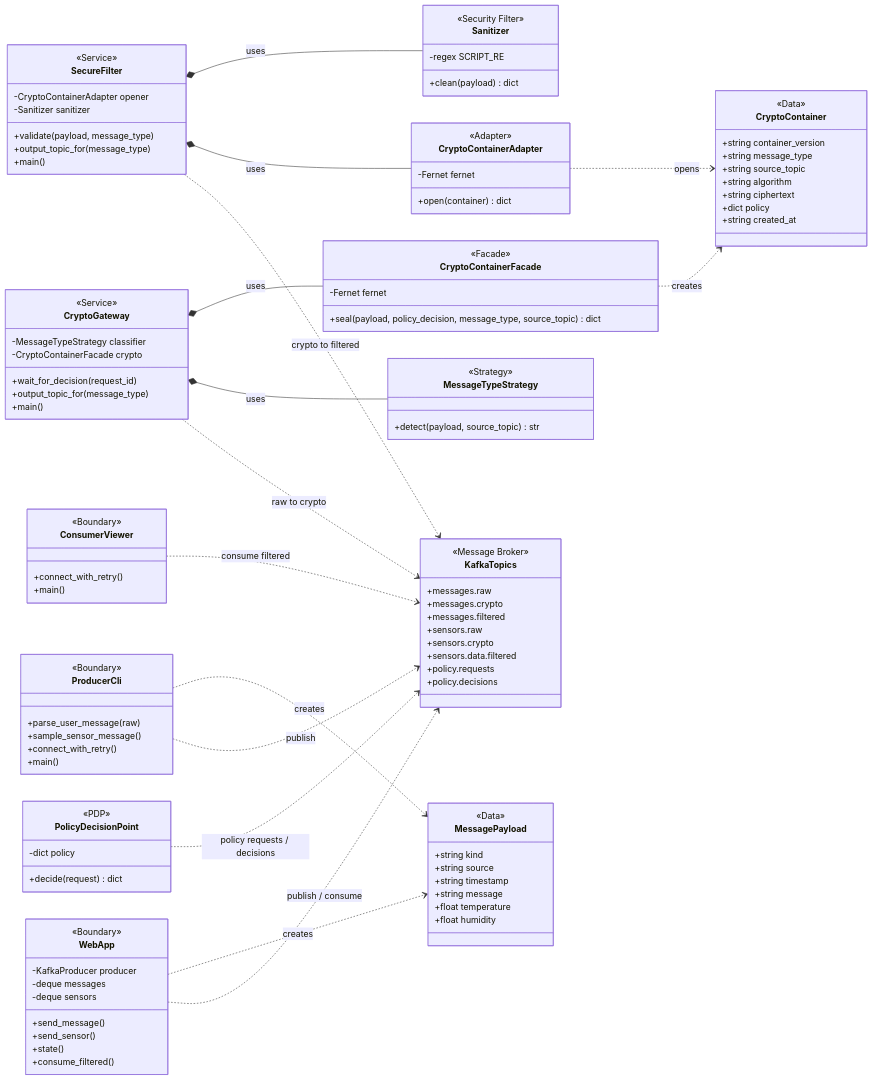
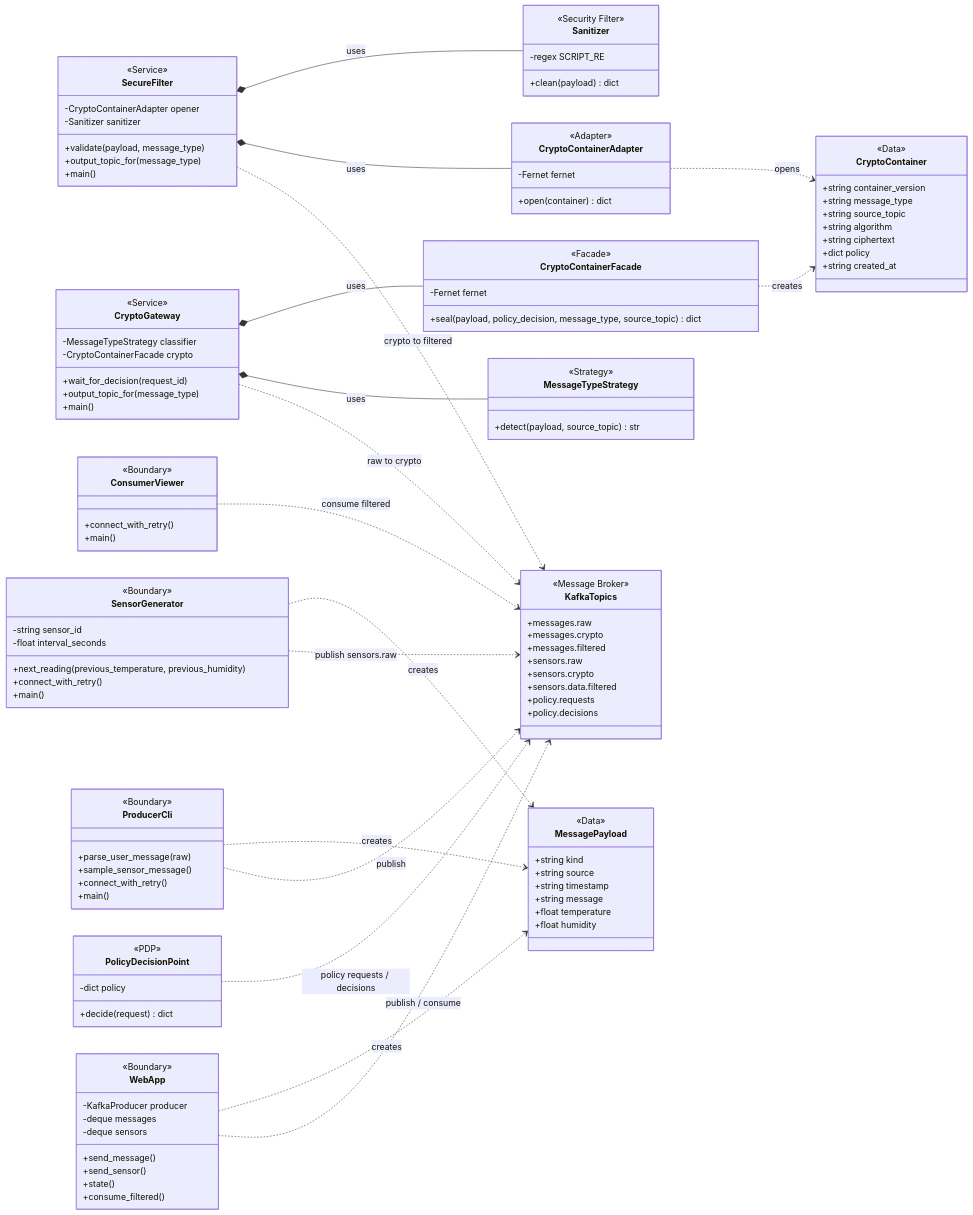
One commit to NeWaySet/crypto_broker_kafka changed the diagram in lab-kafka-iot/diagrams/class_uml.mmd. Above: the diagram before and after it, drawn with Mermaid. The commit also changed 12 other files, not shown here.

Commit message:
Add automatic sensor generator

```diff
--- a/lab-kafka-iot/diagrams/class_uml.mmd
+++ b/lab-kafka-iot/diagrams/class_uml.mmd
@@ -1,124 +1,135 @@
 classDiagram
     direction LR
 
     class WebApp {
         <<Boundary>>
         -KafkaProducer producer
         -deque messages
         -deque sensors
         +send_message()
         +send_sensor()
         +state()
         +consume_filtered()
     }
 
     class ProducerCli {
         <<Boundary>>
         +parse_user_message(raw)
         +sample_sensor_message()
+        +connect_with_retry()
+        +main()
+    }
+
+    class SensorGenerator {
+        <<Boundary>>
+        -string sensor_id
+        -float interval_seconds
+        +next_reading(previous_temperature, previous_humidity)
         +connect_with_retry()
         +main()
     }
 
     class CryptoGateway {
         <<Service>>
         -MessageTypeStrategy classifier
         -CryptoContainerFacade crypto
         +wait_for_decision(request_id)
         +output_topic_for(message_type)
         +main()
     }
 
     class MessageTypeStrategy {
         <<Strategy>>
         +detect(payload, source_topic) str
     }
 
     class CryptoContainerFacade {
         <<Facade>>
         -Fernet fernet
         +seal(payload, policy_decision, message_type, source_topic) dict
     }
 
     class PolicyDecisionPoint {
         <<PDP>>
         -dict policy
         +decide(request) dict
     }
 
     class SecureFilter {
         <<Service>>
         -CryptoContainerAdapter opener
         -Sanitizer sanitizer
         +validate(payload, message_type)
         +output_topic_for(message_type)
         +main()
     }
 
     class CryptoContainerAdapter {
         <<Adapter>>
         -Fernet fernet
         +open(container) dict
     }
 
     class Sanitizer {
         <<Security Filter>>
         -regex SCRIPT_RE
         +clean(payload) dict
     }
 
     class ConsumerViewer {
         <<Boundary>>
         +connect_with_retry()
         +main()
     }
 
     class MessagePayload {
         <<Data>>
         +string kind
         +string source
         +string timestamp
         +string message
         +float temperature
         +float humidity
     }
 
     class CryptoContainer {
         <<Data>>
         +string container_version
         +string message_type
         +string source_topic
         +string algorithm
         +string ciphertext
         +dict policy
         +string created_at
     }
 
     class KafkaTopics {
         <<Message Broker>>
         +messages.raw
         +messages.crypto
         +messages.filtered
         +sensors.raw
         +sensors.crypto
         +sensors.data.filtered
         +policy.requests
         +policy.decisions
     }
 
     WebApp ..> KafkaTopics : publish / consume
     ProducerCli ..> KafkaTopics : publish
+    SensorGenerator ..> KafkaTopics : publish sensors.raw
     CryptoGateway ..> KafkaTopics : raw to crypto
     PolicyDecisionPoint ..> KafkaTopics : policy requests / decisions
     SecureFilter ..> KafkaTopics : crypto to filtered
     ConsumerViewer ..> KafkaTopics : consume filtered
 
     CryptoGateway *-- MessageTypeStrategy : uses
     CryptoGateway *-- CryptoContainerFacade : uses
     SecureFilter *-- CryptoContainerAdapter : uses
     SecureFilter *-- Sanitizer : uses
 
     WebApp ..> MessagePayload : creates
     ProducerCli ..> MessagePayload : creates
+    SensorGenerator ..> MessagePayload : creates
     CryptoContainerFacade ..> CryptoContainer : creates
     CryptoContainerAdapter ..> CryptoContainer : opens
```
